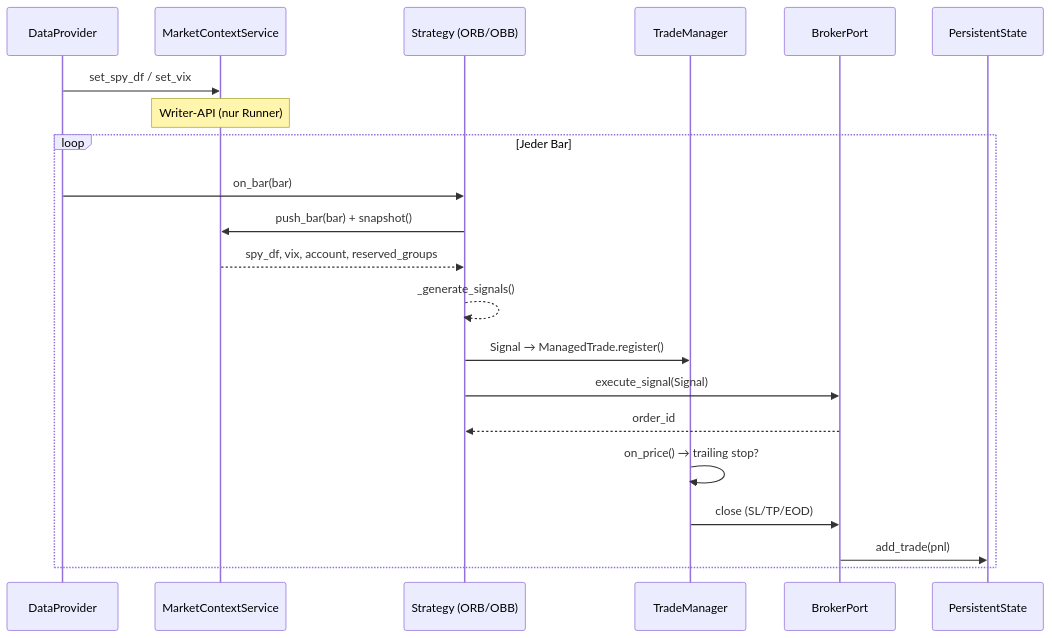
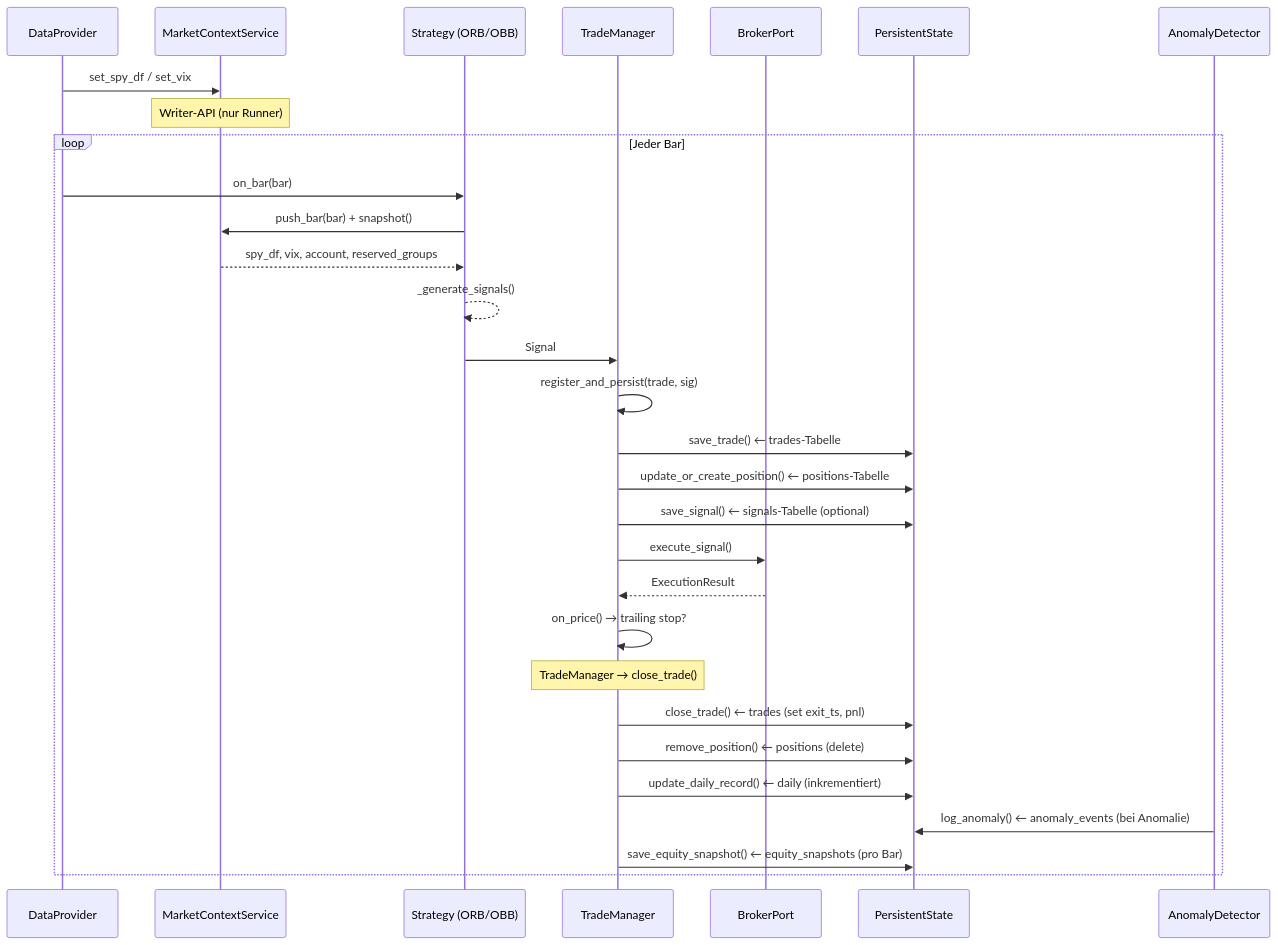
The first of 5 diagrams in FluxTrader/docs/architecture.md (kesselschlaeger/TradingBots), drawn with Mermaid before and after one commit. The commit also changed other lines of this file and 45 other files, not shown here.

````diff
--- a/FluxTrader/docs/architecture.md
+++ b/FluxTrader/docs/architecture.md
@@ -18,25 +18,34 @@
 ```mermaid
 sequenceDiagram
     participant DP as DataProvider
     participant CTX as MarketContextService
     participant STR as Strategy (ORB/OBB)
     participant TM as TradeManager
     participant BP as BrokerPort
     participant ST as PersistentState
+    participant AD as AnomalyDetector
 
     DP->>CTX: set_spy_df / set_vix
     Note over CTX: Writer-API (nur Runner)
 
     loop Jeder Bar
         DP->>STR: on_bar(bar)
         STR->>CTX: push_bar(bar) + snapshot()
         CTX-->>STR: spy_df, vix, account, reserved_groups
         STR-->>STR: _generate_signals()
-        STR->>TM: Signal → ManagedTrade.register()
-        STR->>BP: execute_signal(Signal)
-        BP-->>STR: order_id
+        STR->>TM: Signal
+        TM->>TM: register_and_persist(trade, sig)
+        TM->>ST: save_trade() ← trades-Tabelle
+        TM->>ST: update_or_create_position() ← positions-Tabelle
+        TM->>ST: save_signal() ← signals-Tabelle (optional)
+        TM->>BP: execute_signal()
+        BP-->>TM: ExecutionResult
         TM->>TM: on_price() → trailing stop?
-        TM->>BP: close (SL/TP/EOD)
-        BP->>ST: add_trade(pnl)
+        Note over TM: TradeManager → close_trade()
+        TM->>ST: close_trade() ← trades (set exit_ts, pnl)
+        TM->>ST: remove_position() ← positions (delete)
+        TM->>ST: update_daily_record() ← daily (inkrementiert)
+        AD->>ST: log_anomaly() ← anomaly_events (bei Anomalie)
+        TM->>ST: save_equity_snapshot() ← equity_snapshots (pro Bar)
     end
 ```
````
